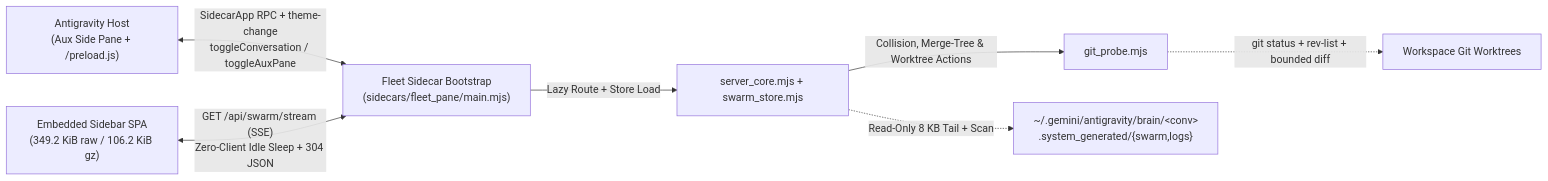
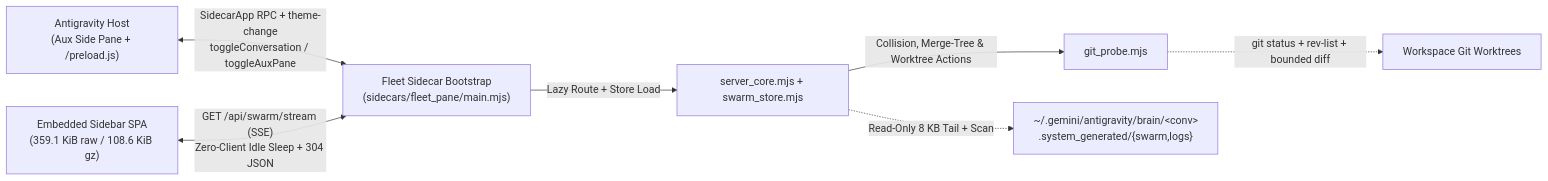
Before and after one commit to cayleb-james2008/dsh-fleet: the diagram in README.md, drawn with Mermaid. The commit also changed other lines of this file and 14 other files, not shown here.

````diff
--- a/README.md
+++ b/README.md
@@ -91,9 +91,9 @@
 ```mermaid
 flowchart LR
     Host["Antigravity Host<br/>(Aux Side Pane + /preload.js)"] <-->|"SidecarApp RPC + theme-change<br/>toggleConversation / toggleAuxPane"| Backend["Fleet Sidecar Bootstrap<br/>(sidecars/fleet_pane/main.mjs)"]
-    UI["Embedded Sidebar SPA<br/>(349.2 KiB raw / 106.2 KiB gz)"] <-->|"GET /api/swarm/stream (SSE)<br/>Zero-Client Idle Sleep + 304 JSON"| Backend
+    UI["Embedded Sidebar SPA<br/>(359.1 KiB raw / 108.6 KiB gz)"] <-->|"GET /api/swarm/stream (SSE)<br/>Zero-Client Idle Sleep + 304 JSON"| Backend
     Backend -->|"Lazy Route + Store Load"| Core["server_core.mjs + swarm_store.mjs"]
     Core -->|"Collision, Merge-Tree & Worktree Actions"| Git["git_probe.mjs"]
     Core -.->|"Read-Only 8 KB Tail + Scan"| Brain["~/.gemini/antigravity/brain/&lt;conv&gt;<br/>.system_generated/{swarm,logs}"]
     Git -.->|"git status + rev-list + bounded diff"| WT["Workspace Git Worktrees"]
 ```
````
